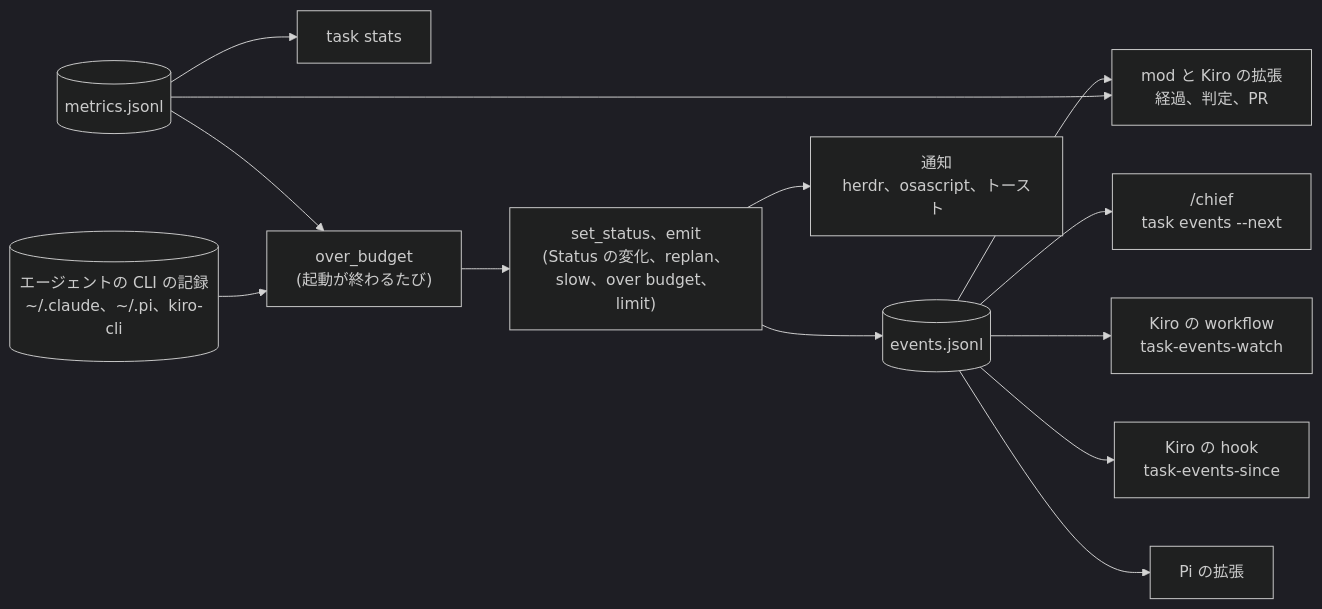
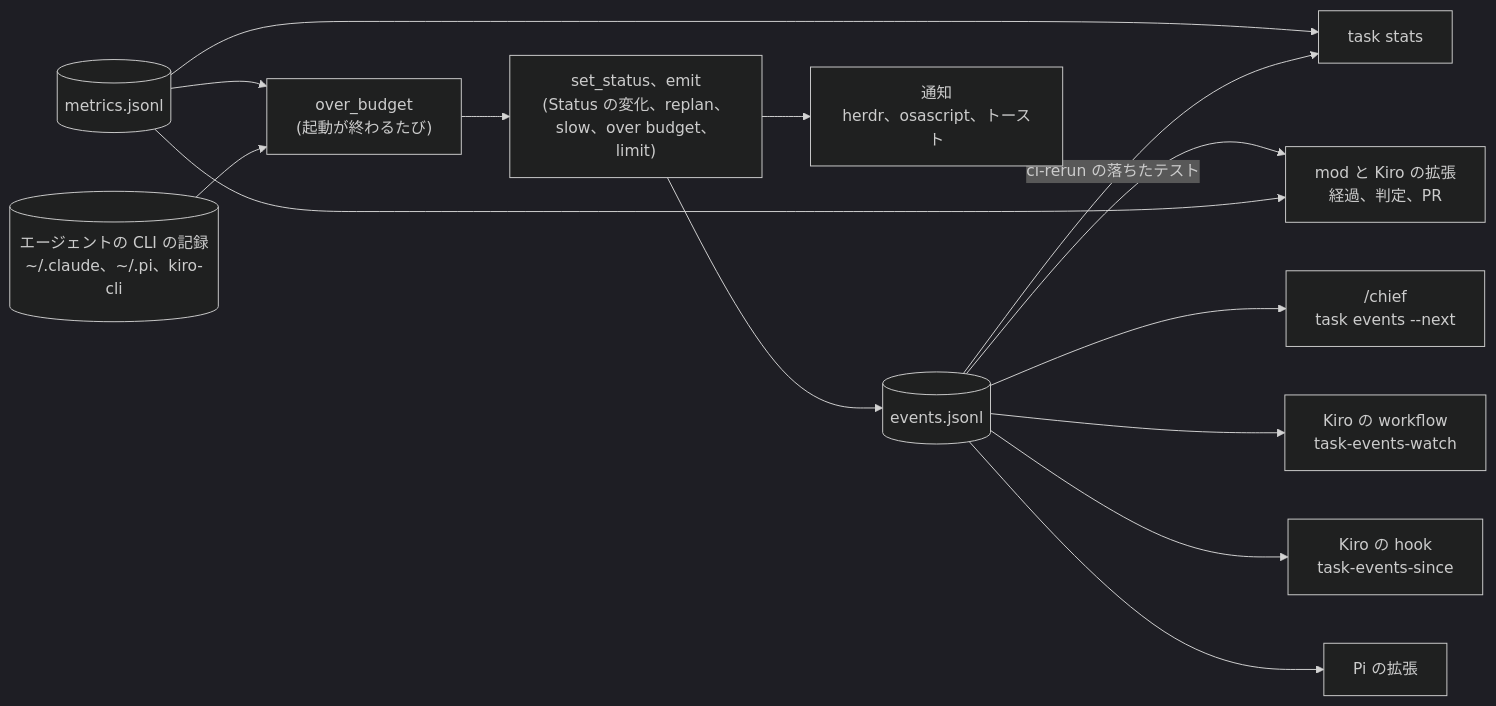
One commit to jyoka/task-hub changed the fourth of 10 diagrams in docs/architecture/hld.md. Above: the diagram before and after it, drawn with Mermaid (dark theme). The commit also changed other lines of this file and 7 other files, not shown here.

````diff
--- a/docs/architecture/hld.md
+++ b/docs/architecture/hld.md
@@ -236,15 +236,16 @@
 ```mermaid
 flowchart LR
     setstatus["set_status、emit<br/>(Status の変化、replan、slow、over budget、limit)"] --> events[("events.jsonl")]
     setstatus --> note["通知<br/>herdr、osascript、トースト"]
     events --> chief["/chief<br/>task events --next"]
     events --> kwf["Kiro の workflow<br/>task-events-watch"]
     events --> khook["Kiro の hook<br/>task-events-since"]
     events --> pi["Pi の拡張"]
     events --> mod["mod と Kiro の拡張<br/>経過、判定、PR"]
     metrics[("metrics.jsonl")] --> stats["task stats"]
+    events -- "ci-rerun の落ちたテスト" --> stats
     metrics --> mod
     metrics --> budget["over_budget<br/>(起動が終わるたび)"]
     records[("エージェントの CLI の記録<br/>~/.claude、~/.pi、kiro-cli")] --> budget
     budget --> setstatus
 ```
````
